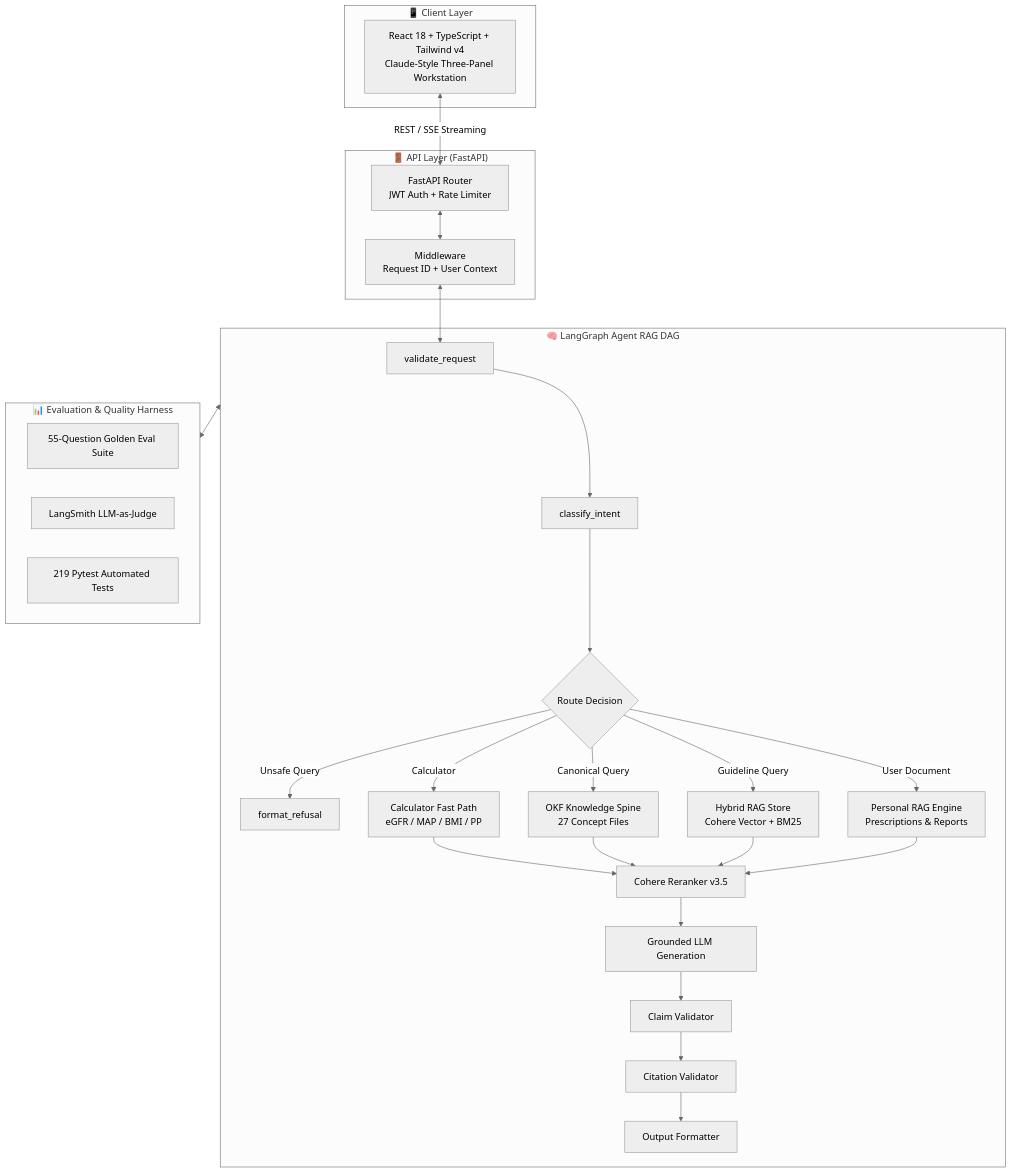
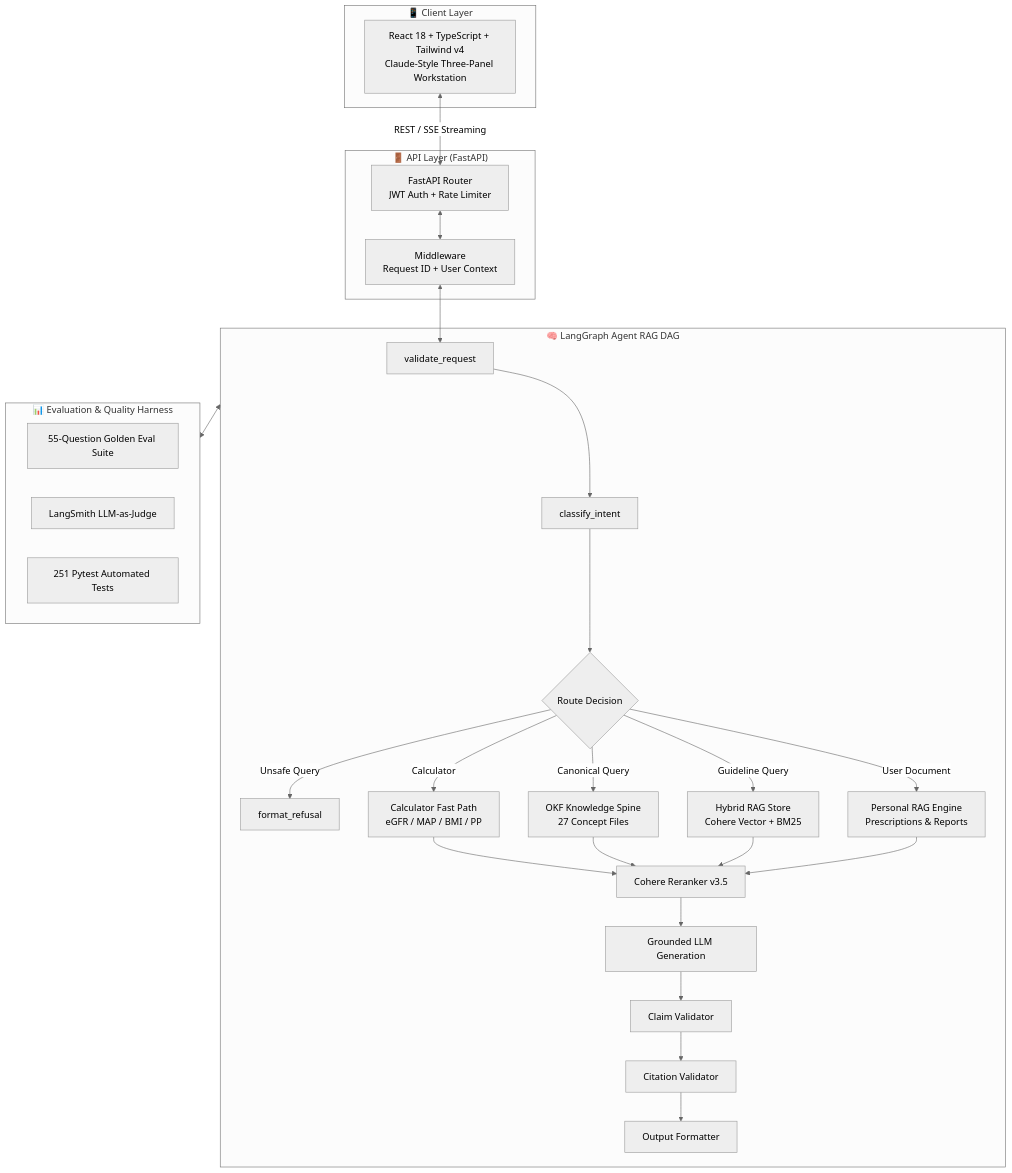
One commit to jeevesh2515/clinical-rag-agent changed the diagram in README.md. Above: the diagram before and after it, drawn with Mermaid (neutral theme). The commit also changed other lines of this file and 2 other files, not shown here.

````diff
--- a/README.md
+++ b/README.md
@@ -153,42 +153,42 @@
 ```mermaid
 flowchart TD
     subgraph Client["📱 Client Layer"]
         A[React 18 + TypeScript + Tailwind v4<br/>Claude-Style Three-Panel Workstation]
     end
 
     subgraph API["🚪 API Layer (FastAPI)"]
         B[FastAPI Router<br/>JWT Auth + Rate Limiter]
         C[Middleware<br/>Request ID + User Context]
     end
 
     subgraph Agent["🧠 LangGraph Agent RAG DAG"]
         D[validate_request] --> E[classify_intent]
         E --> F{Route Decision}
         F -->|Unsafe Query| G[format_refusal]
         F -->|Calculator| H[Calculator Fast Path<br/>eGFR / MAP / BMI / PP]
         F -->|Canonical Query| I[OKF Knowledge Spine<br/>27 Concept Files]
         F -->|Guideline Query| J[Hybrid RAG Store<br/>Cohere Vector + BM25]
         F -->|User Document| J2[Personal RAG Engine<br/>Prescriptions & Reports]
 
         H --> K[Cohere Reranker v3.5]
         I --> K
         J --> K
         J2 --> K
 
         K --> L[Grounded LLM Generation]
         L --> M[Claim Validator]
         M --> N[Citation Validator]
         N --> O[Output Formatter]
     end
 
     subgraph Evaluation["📊 Evaluation & Quality Harness"]
         P[55-Question Golden Eval Suite]
         Q[LangSmith LLM-as-Judge]
-        R[219 Pytest Automated Tests]
+        R[251 Pytest Automated Tests]
     end
 
     A <-->|REST / SSE Streaming| B
     B <--> C
     C <--> D
     Agent <--> Evaluation
 ```
````
